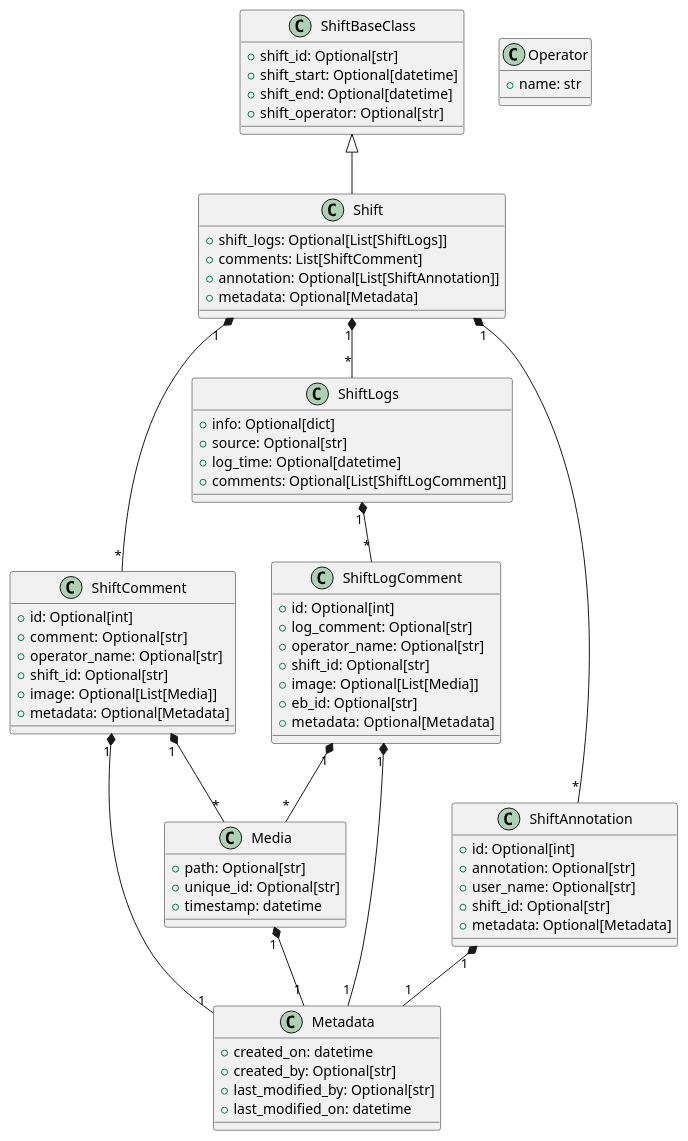
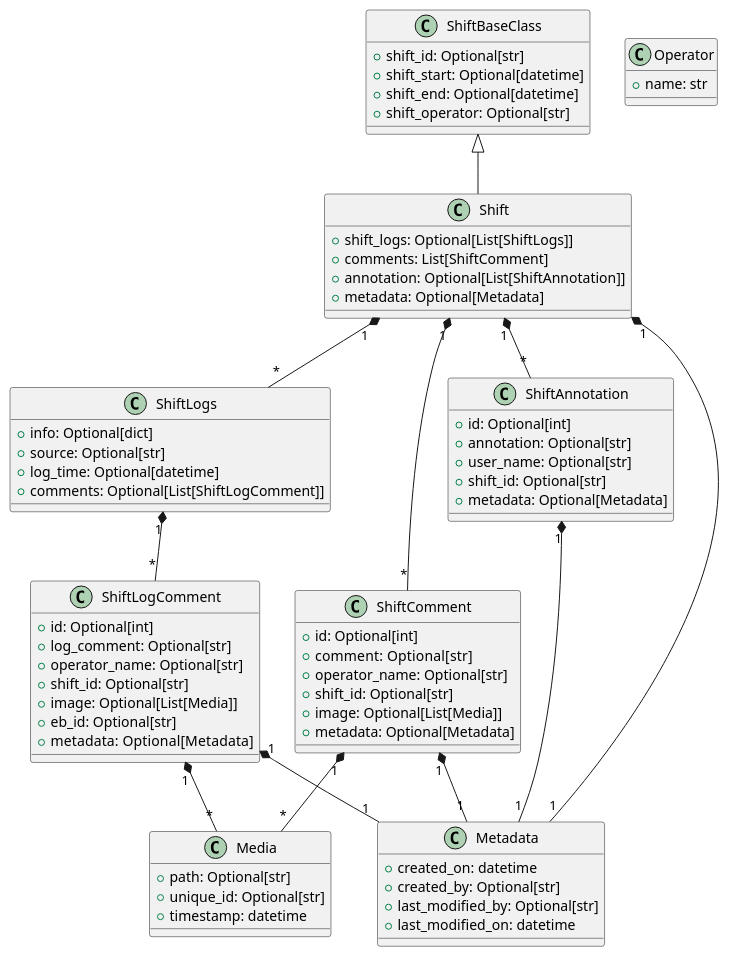
The diagram in docs/src/deveoper/shift_models.puml (ska-telescope/ska-oso-slt-services), drawn with PlantUML before and after one commit.

Commit message:
NAK-1149 corrected diagram

```diff
--- a/docs/src/deveoper/shift_models.puml
+++ b/docs/src/deveoper/shift_models.puml
@@ -1,85 +1,85 @@
 @startuml Shift Models
 
 class Metadata {
     +created_on: datetime
     +created_by: Optional[str]
     +last_modified_by: Optional[str]
     +last_modified_on: datetime
 }
 
 class Operator {
     +name: str
 }
 
 class Media {
     +path: Optional[str]
     +unique_id: Optional[str]
     +timestamp: datetime
 }
 
 class ShiftLogComment {
     +id: Optional[int]
     +log_comment: Optional[str]
     +operator_name: Optional[str]
     +shift_id: Optional[str]
     +image: Optional[List[Media]]
     +eb_id: Optional[str]
     +metadata:  Optional[Metadata]
 }
 
 class ShiftComment {
     +id: Optional[int]
     +comment:  Optional[str]
     +operator_name: Optional[str]
     +shift_id: Optional[str]
     +image: Optional[List[Media]]
     +metadata: Optional[Metadata]
 }
 
 class ShiftAnnotation {
     +id: Optional[int]
     +annotation: Optional[str]
     +user_name: Optional[str]
     +shift_id: Optional[str]
     +metadata: Optional[Metadata]
 }
 
 class ShiftLogs {
     +info: Optional[dict] 
     +source: Optional[str]
     +log_time: Optional[datetime]
     +comments: Optional[List[ShiftLogComment]]
 }
 
 class ShiftBaseClass {
     +shift_id: Optional[str]
     +shift_start: Optional[datetime]
     +shift_end: Optional[datetime]
     +shift_operator: Optional[str]
 }
 
 class Shift {
     +shift_logs: Optional[List[ShiftLogs]]
     +comments: List[ShiftComment]
     +annotation: Optional[List[ShiftAnnotation]]
     +metadata: Optional[Metadata]
 }
 
 ShiftBaseClass <|-- Shift
 ShiftLogComment "1" *-- "*" Media
 ShiftLogComment "1" *-- "1" Metadata
 
 ShiftComment "1" *-- "*" Media
 ShiftComment "1" *-- "1" Metadata
 
 ShiftAnnotation "1" *-- "1" Metadata
 
 ShiftLogs "1" *-- "*" ShiftLogComment
 
 
 Shift "1" *-- "*" ShiftLogs
 Shift "1" *-- "*" ShiftComment
 Shift "1" *-- "*" ShiftAnnotation
-Media "1" *-- "1" Metadata
+Shift "1" *-- "1" Metadata
 
 @enduml
```
